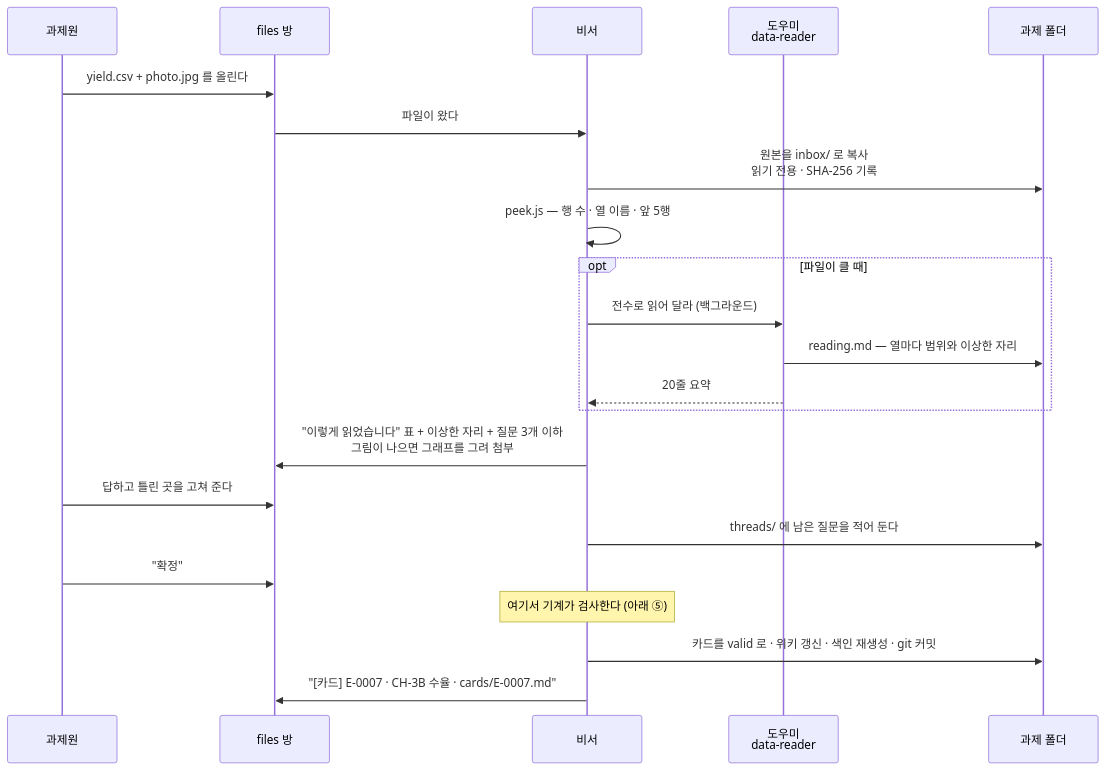
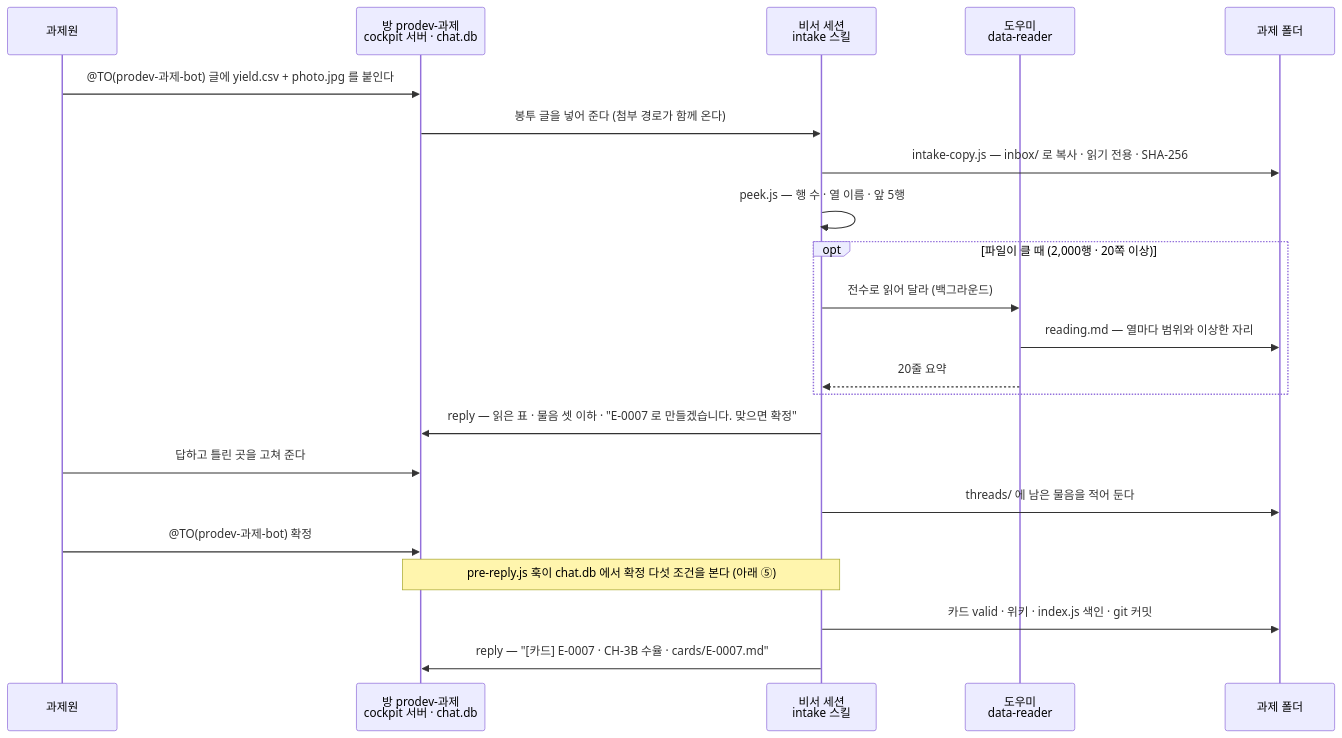
One commit to bjw202/prodev changed the seventh of 17 diagrams in README.md. Above: the diagram before and after it, drawn with Mermaid. The commit also changed other lines of this file, not shown here.

First line of the commit message:
README: 방 하나 · cockpit 창구에 맞춘다 (ADR-038 · 039)

````diff
--- a/README.md
+++ b/README.md
@@ -331,25 +339,25 @@
 ```mermaid
 sequenceDiagram
     participant M as 과제원
-    participant R as files 방
-    participant B as 비서
+    participant R as 방 prodev-과제<br/>cockpit 서버 · chat.db
+    participant B as 비서 세션<br/>intake 스킬
     participant D as 도우미<br/>data-reader
     participant P as 과제 폴더
 
-    M->>R: yield.csv + photo.jpg 를 올린다
-    R->>B: 파일이 왔다
-    B->>P: 원본을 inbox/ 로 복사<br/>읽기 전용 · SHA-256 기록
+    M->>R: @TO(prodev-과제-bot) 글에 yield.csv + photo.jpg 를 붙인다
+    R->>B: 봉투 글을 넣어 준다 (첨부 경로가 함께 온다)
+    B->>P: intake-copy.js — inbox/ 로 복사 · 읽기 전용 · SHA-256
     B->>B: peek.js — 행 수 · 열 이름 · 앞 5행
-    opt 파일이 클 때
+    opt 파일이 클 때 (2,000행 · 20쪽 이상)
         B->>D: 전수로 읽어 달라 (백그라운드)
         D->>P: reading.md — 열마다 범위와 이상한 자리
         D-->>B: 20줄 요약
     end
-    B->>R: "이렇게 읽었습니다" 표 + 이상한 자리 + 질문 3개 이하<br/>그림이 나으면 그래프를 그려 첨부
+    B->>R: reply — 읽은 표 · 물음 셋 이하 · "E-0007 로 만들겠습니다. 맞으면 확정"
     M->>R: 답하고 틀린 곳을 고쳐 준다
-    B->>P: threads/ 에 남은 질문을 적어 둔다
-    M->>R: "확정"
-    Note over B: 여기서 기계가 검사한다 (아래 ⑤)
-    B->>P: 카드를 valid 로 · 위키 갱신 · 색인 재생성 · git 커밋
-    B->>R: "[카드] E-0007 · CH-3B 수율 · cards/E-0007.md"
+    B->>P: threads/ 에 남은 물음을 적어 둔다
+    M->>R: @TO(prodev-과제-bot) 확정
+    Note over B,R: pre-reply.js 훅이 chat.db 에서 확정 다섯 조건을 본다 (아래 ⑤)
+    B->>P: 카드 valid · 위키 · index.js 색인 · git 커밋
+    B->>R: reply — "[카드] E-0007 · CH-3B 수율 · cards/E-0007.md"
 ```
````
